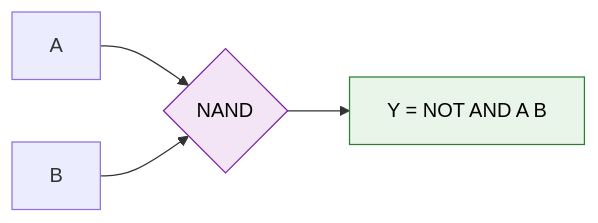
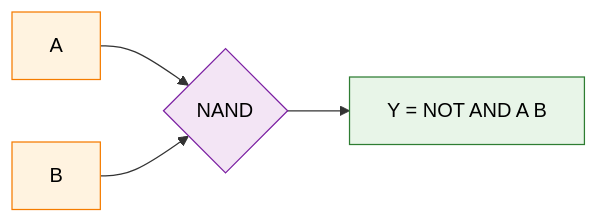
Before and after one commit to Yxiang-828/Yxiang-828.github.io: the fifth of 32 diagrams in ee2026/lect/L2 lecture notes/EE2026_Week_2_Boolean_Logic_Visual_Guide.md, drawn with Mermaid. The commit also changed other lines of this file, not shown here.

````diff
--- a/ee2026/lect/L2 lecture notes/EE2026_Week_2_Boolean_Logic_Visual_Guide.md
+++ b/ee2026/lect/L2 lecture notes/EE2026_Week_2_Boolean_Logic_Visual_Guide.md
@@ -140,9 +140,11 @@
 ```mermaid
 flowchart LR
     A[A] --> G{NAND}
     B[B] --> G
     G --> Y[Y = NOT AND A B]
     
     style G fill:#f3e5f5,stroke:#7b1fa2,color:#000
     style Y fill:#e8f5e8,stroke:#2e7d32,color:#000
+    style A fill:#fff3e0,stroke:#f57c00,color:#000
+    style B fill:#fff3e0,stroke:#f57c00,color:#000
 ```
````
